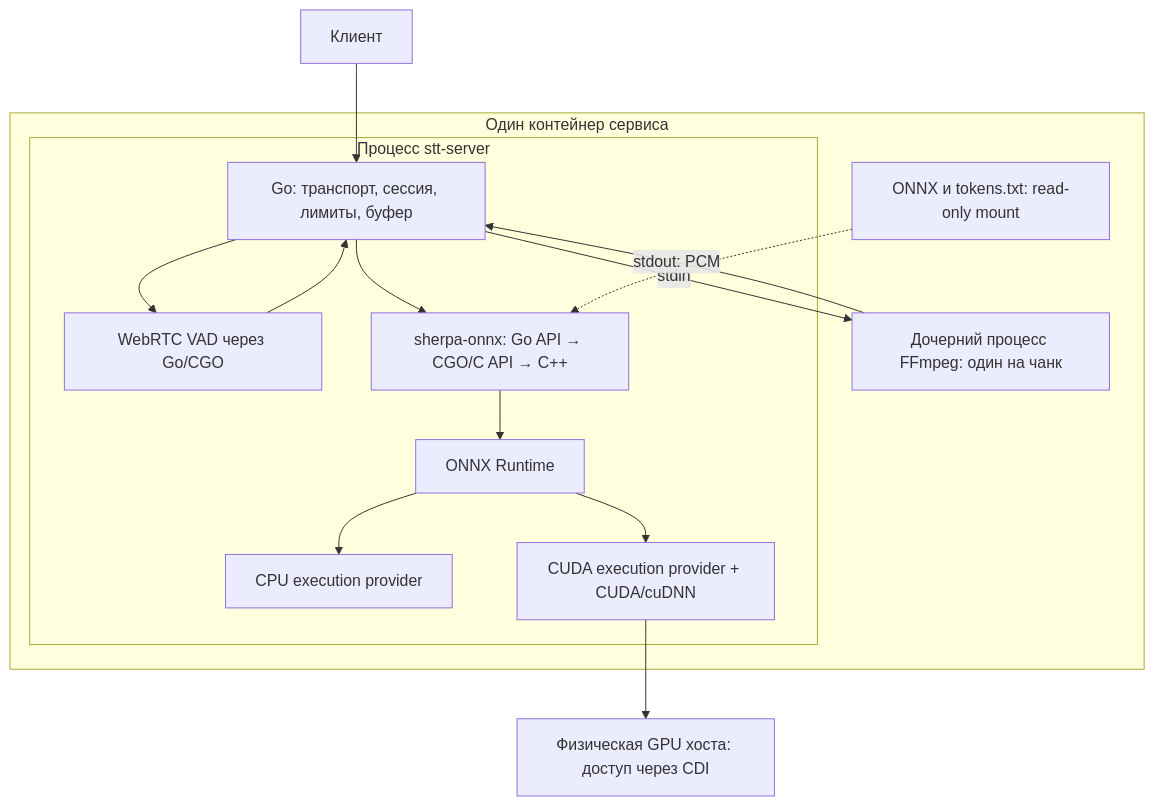
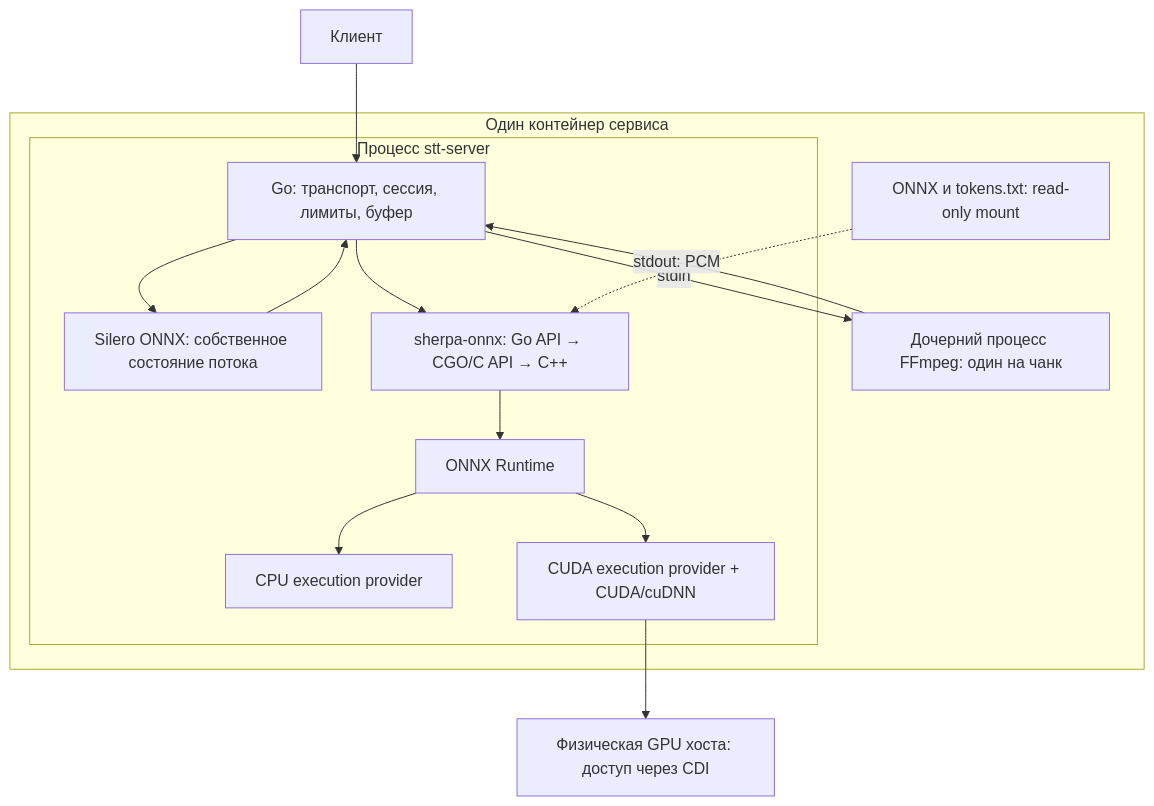
One commit to Pheodaron/stt changed the fifth of 7 diagrams in docs/audio-pipeline.md. Above: the diagram before and after it, drawn with Mermaid. The commit also changed other lines of this file and 24 other files, not shown here.

Commit message:
Replace WebRTC with stateful Silero VAD and preserve phrase boundaries

````diff
--- a/docs/audio-pipeline.md
+++ b/docs/audio-pipeline.md
@@ -254,25 +263,25 @@
 ```mermaid
 flowchart TB
     CLIENT["Клиент"] --> GO
     subgraph BOX["Один контейнер сервиса"]
       subgraph PROC["Процесс stt-server"]
         GO["Go: транспорт, сессия, лимиты, буфер"]
-        VAD["WebRTC VAD через Go/CGO"]
+        VAD["Silero ONNX: собственное состояние потока"]
         SH["sherpa-onnx: Go API → CGO/C API → C++"]
         ORT["ONNX Runtime"]
         CPU["CPU execution provider"]
         GPU["CUDA execution provider + CUDA/cuDNN"]
         GO --> VAD
         VAD --> GO
         GO --> SH
         SH --> ORT
       end
       FF["Дочерний процесс FFmpeg: один на чанк"]
       GO -->|"stdin"| FF
       FF -->|"stdout: PCM"| GO
       ORT --> CPU
       ORT --> GPU
       FILES["ONNX и tokens.txt: read-only mount"] -.-> SH
     end
     GPU --> DEVICE["Физическая GPU хоста: доступ через CDI"]
 ```
````
